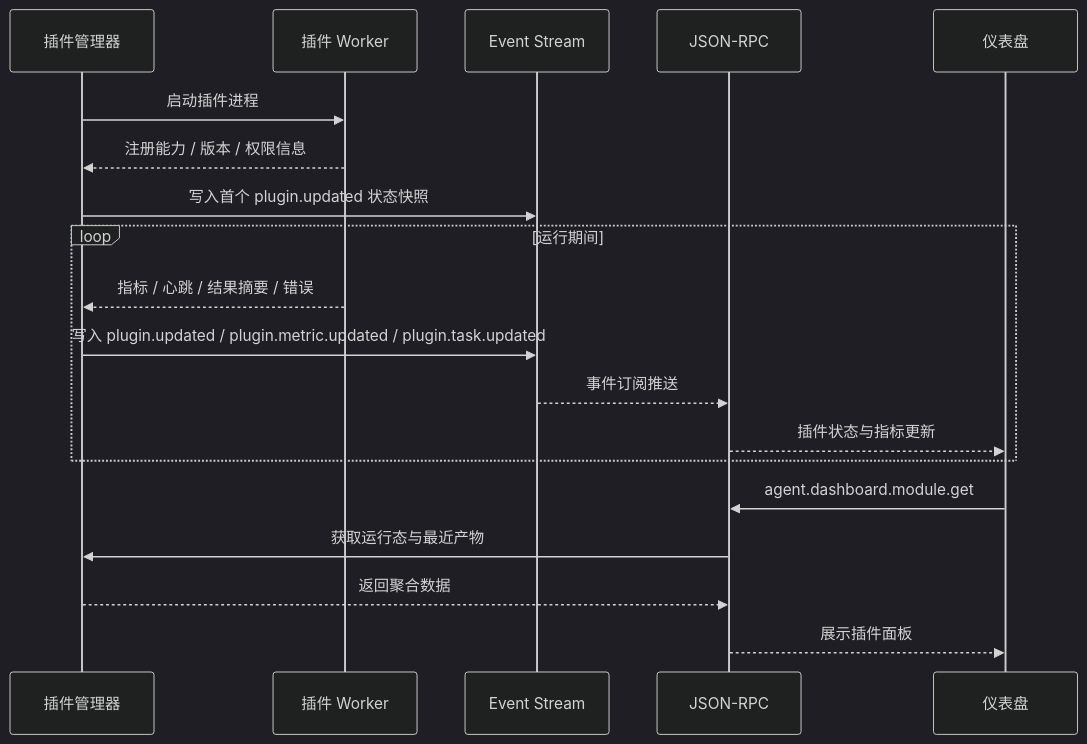
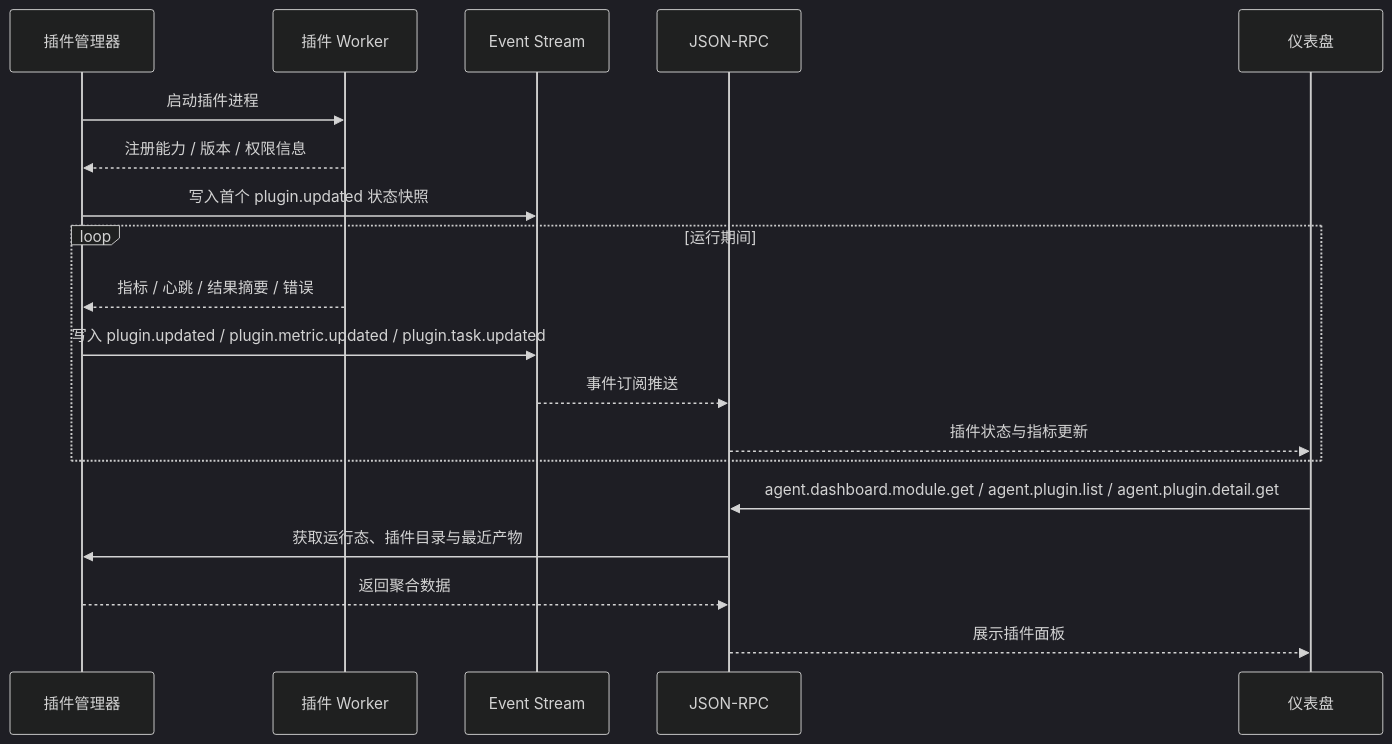
Diagram 20 of 32 in docs/module-design.md (gdemonc/CialloClaw), drawn with Mermaid (dark theme) before and after one commit. The commit also changed other lines of this file, not shown here.

Commit message:
docs(module): sync plugin query read models

````diff
--- a/docs/module-design.md
+++ b/docs/module-design.md
@@ -2043,22 +2043,22 @@
 ```mermaid
 sequenceDiagram
     participant PM as 插件管理器
     participant PLUG as 插件 Worker
     participant EVT as Event Stream
     participant RPC as JSON-RPC
     participant UI as 仪表盘
 
     PM->>PLUG: 启动插件进程
     PLUG-->>PM: 注册能力 / 版本 / 权限信息
     PM->>EVT: 写入首个 plugin.updated 状态快照
     loop 运行期间
         PLUG-->>PM: 指标 / 心跳 / 结果摘要 / 错误
         PM->>EVT: 写入 plugin.updated / plugin.metric.updated / plugin.task.updated
         EVT-->>RPC: 事件订阅推送
         RPC-->>UI: 插件状态与指标更新
     end
-    UI->>RPC: agent.dashboard.module.get
-    RPC->>PM: 获取运行态与最近产物
+    UI->>RPC: agent.dashboard.module.get / agent.plugin.list / agent.plugin.detail.get
+    RPC->>PM: 获取运行态、插件目录与最近产物
     PM-->>RPC: 返回聚合数据
     RPC-->>UI: 展示插件面板
 ```
````
